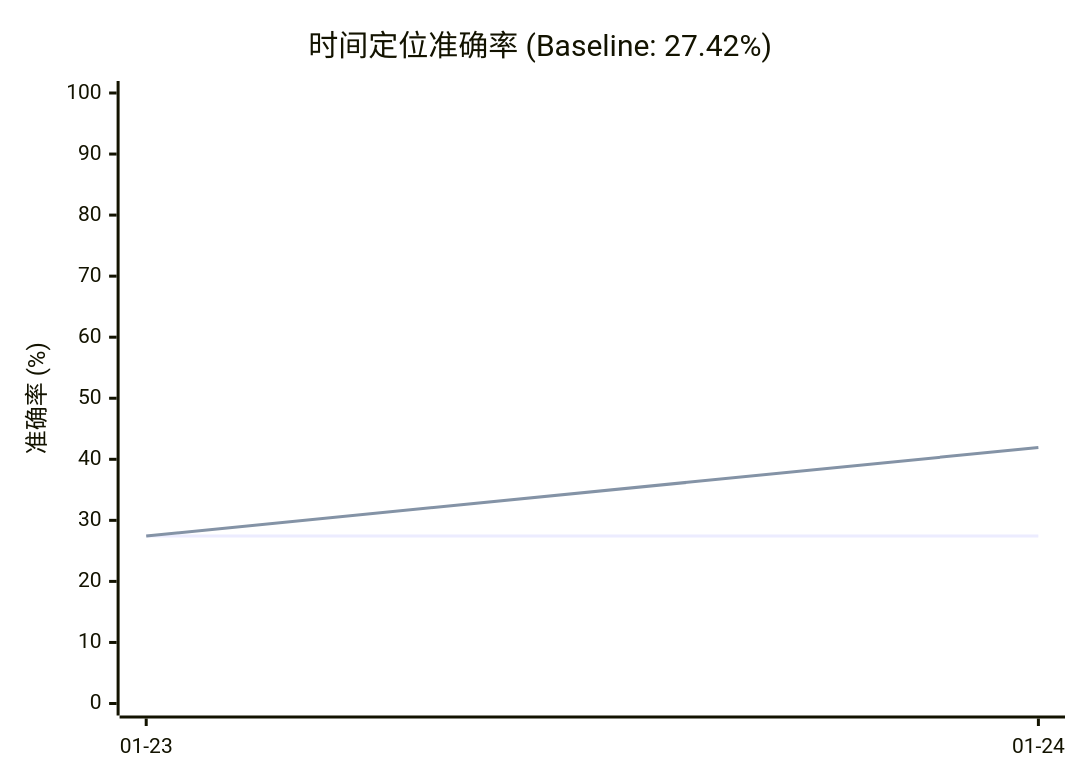
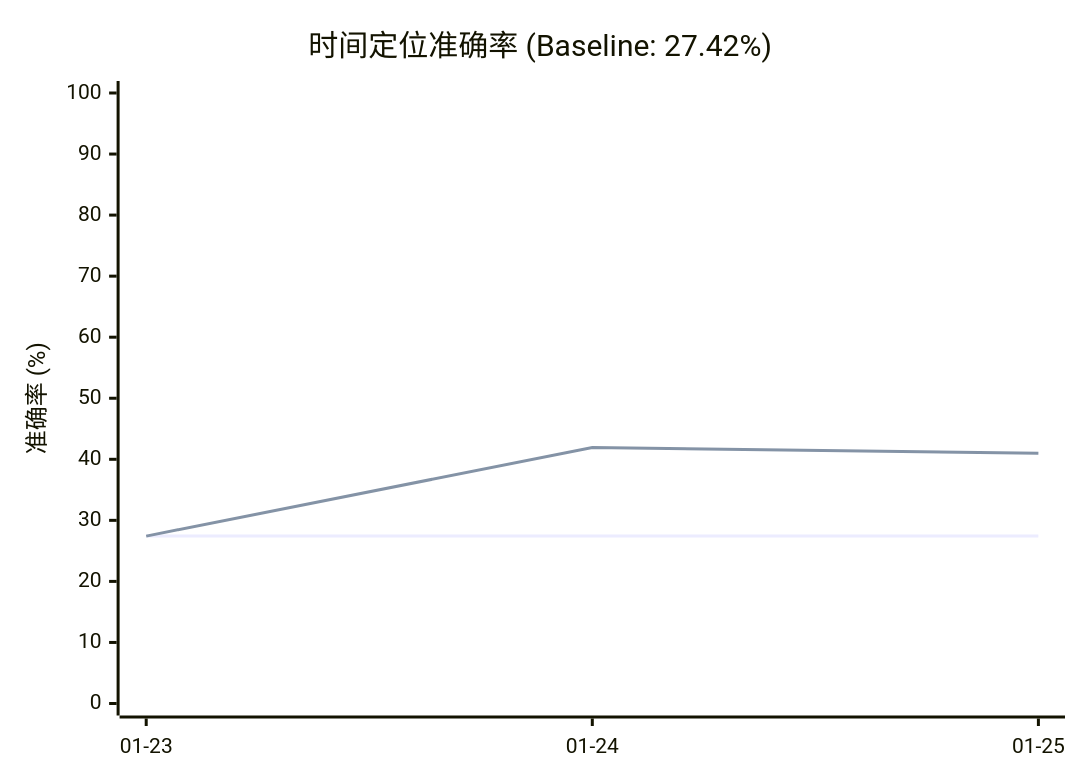
The fifth of 7 diagrams in evaluation/README.md (gongxh13/rca-agent), drawn with Mermaid before and after one commit. The commit also changed other lines of this file and 154 other files, not shown here.

````diff
--- a/evaluation/README.md
+++ b/evaluation/README.md
@@ -104,8 +105,8 @@
 ```mermaid
 xychart-beta
     title "时间定位准确率 (Baseline: 27.42%)"
-    x-axis ["01-23", "01-24"]
+    x-axis ["01-23", "01-24", "01-25"]
     y-axis "准确率 (%)" 0 --> 100
-    line [27.42, 27.42]
-    line [27.42, 41.94]
+    line [27.42, 27.42, 27.42]
+    line [27.42, 41.94, 40.98]
 ```
````
